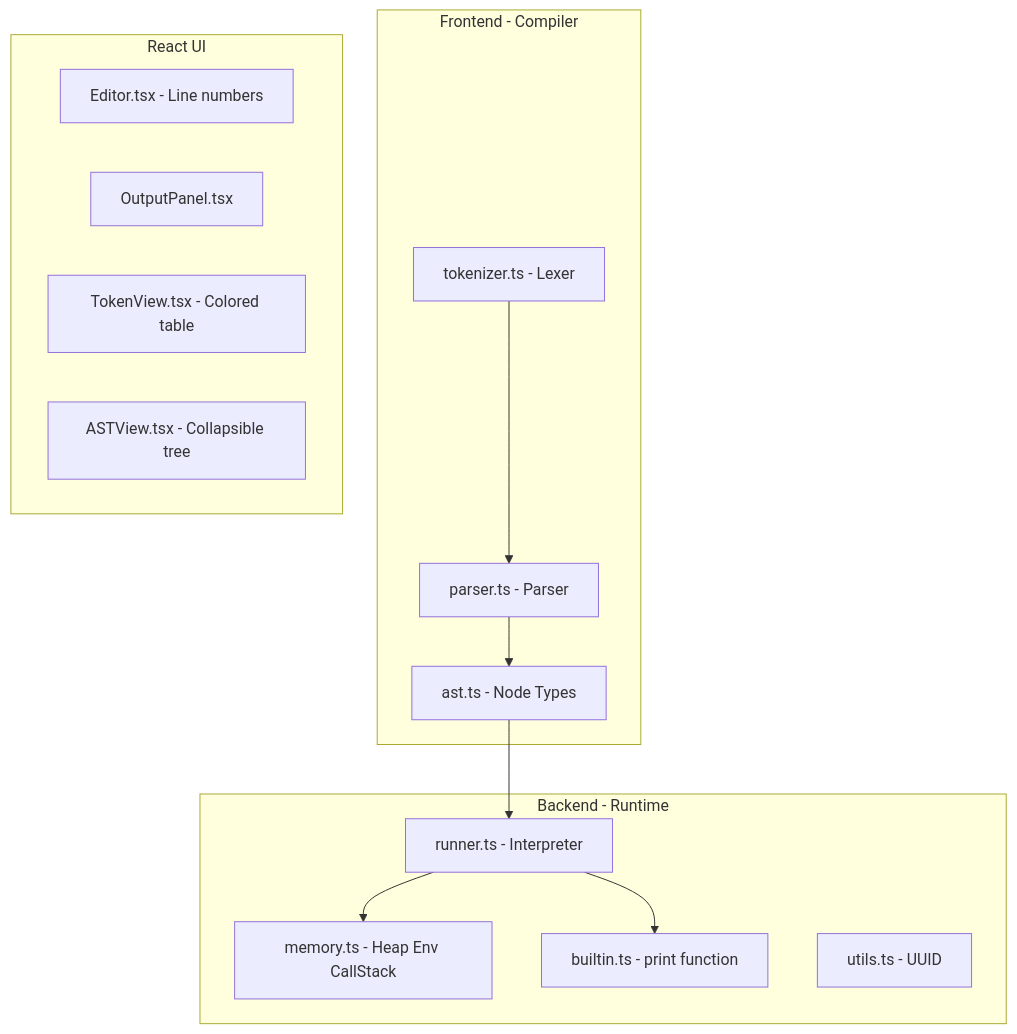
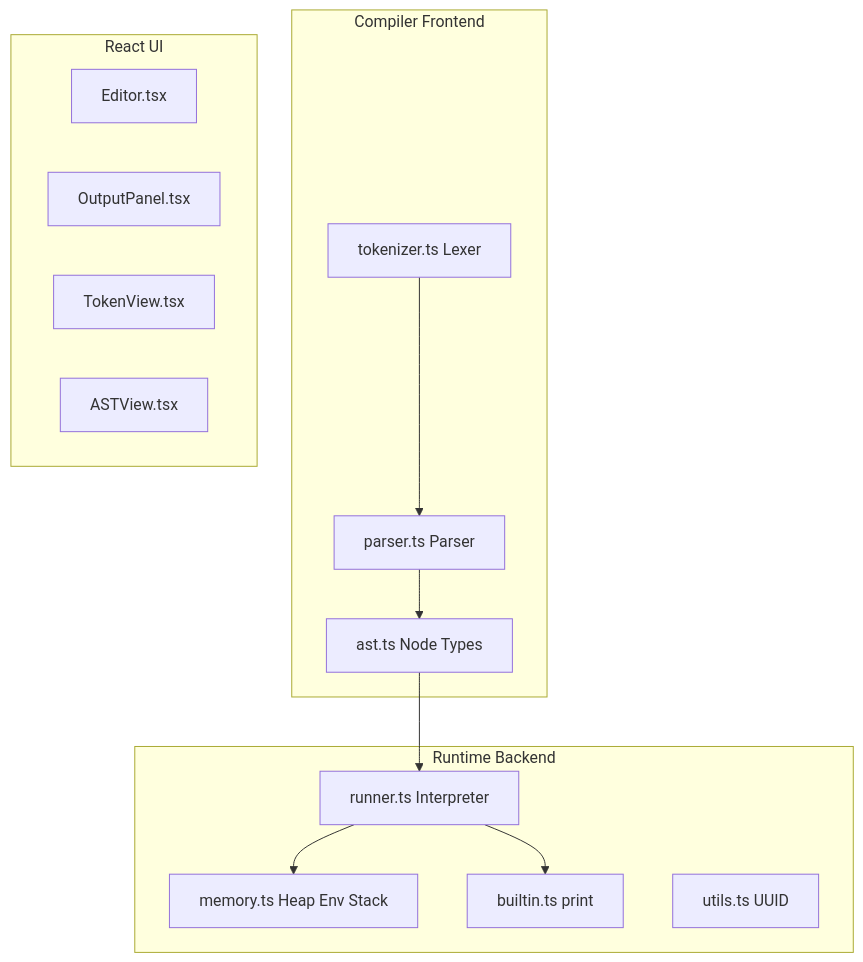
One commit to SoumyaCodercpp/interpreter_ui changed the fourth of 4 diagrams in README.MD. Above: the diagram before and after it, drawn with Mermaid. The commit also changed other lines of this file, not shown here.

Commit message:
readme fixed

````diff
--- a/README.MD
+++ b/README.MD
@@ -270,26 +265,23 @@
 ```mermaid
 flowchart TD
-    subgraph fe [Frontend - Compiler]
-        Tokenizer[tokenizer.ts - Lexer]
-        Parser[parser.ts - Parser]
-        AST[ast.ts - Node Types]
+    subgraph fe [Compiler Frontend]
+        Tokenizer[tokenizer.ts Lexer]
+        Parser[parser.ts Parser]
+        AST[ast.ts Node Types]
     end
-    
-    subgraph be [Backend - Runtime]
-        Runner[runner.ts - Interpreter]
-        Memory[memory.ts - Heap Env CallStack]
-        Builtin[builtin.ts - print function]
-        Utils[utils.ts - UUID]
+    subgraph be [Runtime Backend]
+        Runner[runner.ts Interpreter]
+        Memory[memory.ts Heap Env Stack]
+        Builtin[builtin.ts print]
+        Utils[utils.ts UUID]
     end
-    
     subgraph ui [React UI]
-        Editor[Editor.tsx - Line numbers]
+        Editor[Editor.tsx]
         Output[OutputPanel.tsx]
-        TokenView[TokenView.tsx - Colored table]
-        ASTView[ASTView.tsx - Collapsible tree]
+        TokenView[TokenView.tsx]
+        ASTView[ASTView.tsx]
     end
-    
     Tokenizer --> Parser --> AST --> Runner
     Runner --> Memory
     Runner --> Builtin
 ```
````
